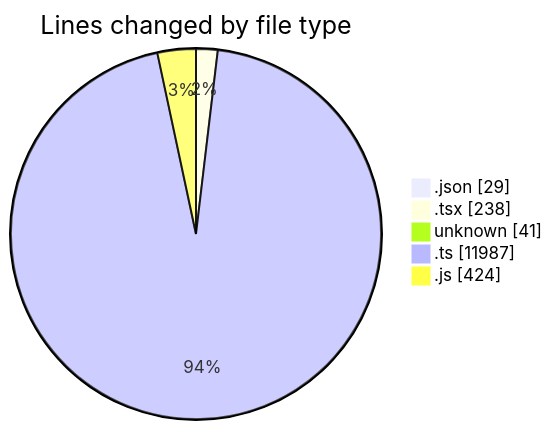
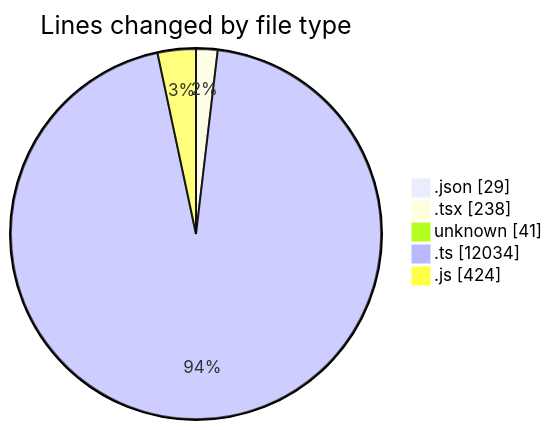
One commit to momahboobian/code-tracking changed the first of 2 diagrams in 2025-06-09/cda/README.md. Above: the diagram before and after it, drawn with Mermaid. The commit also changed other lines of this file and 1 other file, not shown here.

````diff
--- a/2025-06-09/cda/README.md
+++ b/2025-06-09/cda/README.md
@@ -28,9 +28,9 @@
 ```mermaid
 pie showData
 title Lines changed by file type
 ".json" : 29
 ".tsx" : 238
 "unknown" : 41
-".ts" : 11987
+".ts" : 12034
 ".js" : 424
 ```
````
